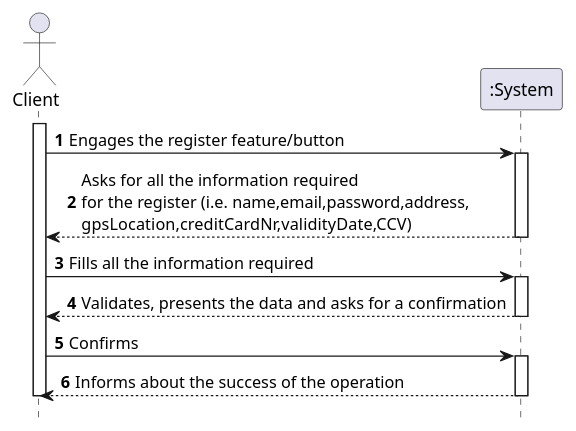
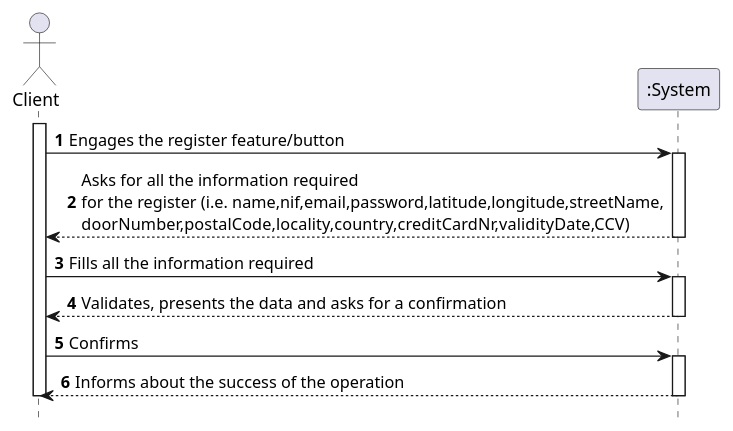
The diagram in docs/Iteration 1/User Management/US18_RegisterClient/US18_SSD.puml (tiagoavcosta25/LAPR3), drawn with PlantUML before and after one commit. The commit also changed 8 other files, not shown here.

```diff
--- a/docs/Iteration 1/User Management/US18_RegisterClient/US18_SSD.puml
+++ b/docs/Iteration 1/User Management/US18_RegisterClient/US18_SSD.puml
@@ -1,28 +1,28 @@
 @startuml
 autonumber
 hide footbox
 
 actor "Client" as U
 
 participant ":System" as SYST
 
 activate U
 
 U -> SYST : Engages the register feature/button
 activate SYST
-SYST --> U : Asks for all the information required \nfor the register (i.e. name,email,password,address,\ngpsLocation,creditCardNr,validityDate,CCV)
+SYST --> U : Asks for all the information required \nfor the register (i.e. name,nif,email,password,latitude,longitude,streetName,\ndoorNumber,postalCode,locality,country,creditCardNr,validityDate,CCV)
 deactivate SYST
 
 U -> SYST : Fills all the information required
 activate SYST
 SYST --> U : Validates, presents the data and asks for a confirmation
 deactivate SYST
 
 U -> SYST : Confirms
 activate SYST
 SYST --> U : Informs about the success of the operation
 deactivate SYST
 
 deactivate U
 
 @enduml
```
